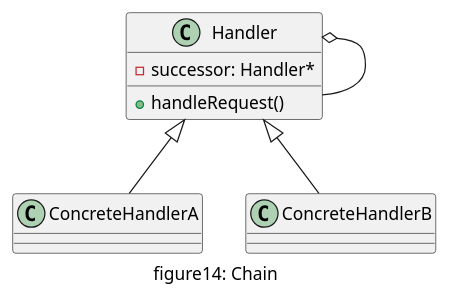
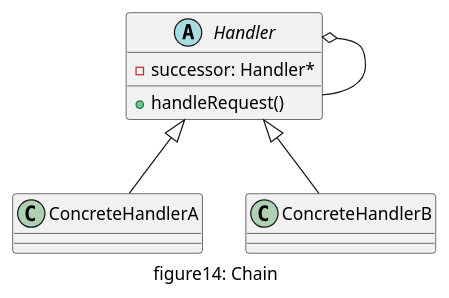
One commit to daileyet/designpattern4cplusplus changed the diagram in doc/uml/14_chain.pu. Above: the diagram before and after it, drawn with PlantUML. The commit also changed 32 other files, not shown here.

Commit message:
add iterator and change uml before

```diff
--- a/doc/uml/14_chain.pu
+++ b/doc/uml/14_chain.pu
@@ -1,17 +1,17 @@
 @startuml "figure14_chain"
 caption figure14: Chain
 
-class Handler{
+abstract class Handler{
     - successor: Handler*
     + handleRequest()
 }
 
 class ConcreteHandlerA{}
 class ConcreteHandlerB{}
 
 Handler <|-- ConcreteHandlerA
 Handler <|-- ConcreteHandlerB
 
 Handler o-- Handler
 
 @enduml
```
